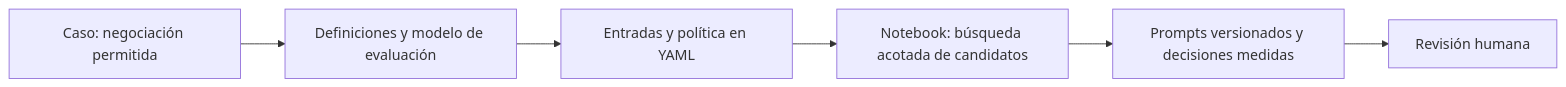
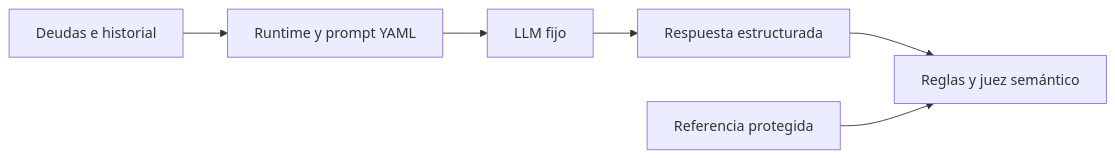
Before and after one commit to jairzinhosantos/thinking-harness: the first of 2 diagrams in research/proposals/case-0003-debt-negotiation/README.es.md, drawn with Mermaid. The commit also changed other lines of this file and 20 other files, not shown here.

````diff
--- a/research/proposals/case-0003-debt-negotiation/README.es.md
+++ b/research/proposals/case-0003-debt-negotiation/README.es.md
@@ -44,8 +80,8 @@
 ```mermaid
 flowchart LR
-    A[Caso: negociación permitida] --> B[Definiciones y modelo de evaluación]
-    B --> C[Entradas y política en YAML]
-    C --> D[Notebook: búsqueda acotada de candidatos]
-    D --> E[Prompts versionados y decisiones medidas]
-    E --> F[Revisión humana]
+    I[Deudas e historial] --> H[Runtime y prompt YAML]
+    H --> L[LLM fijo]
+    L --> R[Respuesta estructurada]
+    R --> E[Reglas y juez semántico]
+    G[Referencia protegida] --> E
 ```
````
